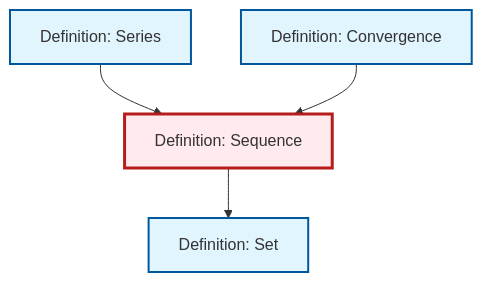
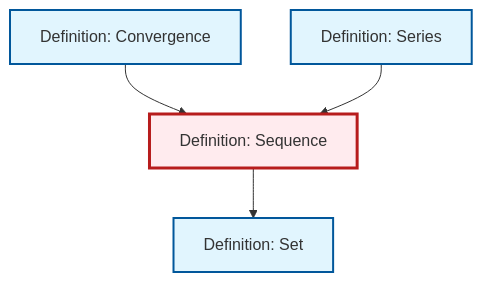
The diagram in content/en/analysis/def-sequence.qmd (RK0429/ModernMath), drawn with Mermaid before and after one commit. The commit also changed other lines of this file and 491 other files, not shown here.

````diff
--- a/content/en/analysis/def-sequence.qmd
+++ b/content/en/analysis/def-sequence.qmd
@@ -74,20 +74,20 @@
 ```{mermaid}
 %%| fig-cap: "Local dependency graph"
 graph TD
     classDef definition fill:#e1f5fe,stroke:#01579b,stroke-width:2px
     classDef theorem fill:#f3e5f5,stroke:#4a148c,stroke-width:2px
     classDef axiom fill:#fff3e0,stroke:#e65100,stroke-width:2px
     classDef example fill:#e8f5e9,stroke:#1b5e20,stroke-width:2px
     classDef current fill:#ffebee,stroke:#b71c1c,stroke-width:3px
+    def-set["Definition: Set"]:::definition
+    def-convergence["Definition: Convergence"]:::definition
+    def-series["Definition: Series"]:::definition
     def-sequence["Definition: Sequence"]:::definition
-    def-series["Definition: Series"]:::definition
-    def-convergence["Definition: Convergence"]:::definition
-    def-set["Definition: Set"]:::definition
+    def-convergence --> def-sequence
+    def-series --> def-sequence
     def-sequence --> def-set
-    def-series --> def-sequence
-    def-convergence --> def-sequence
     class def-sequence current
+    click def-set "def-set.html" "Go to Set definition"
+    click def-convergence "def-convergence.html" "Go to Convergence definition"
     click def-series "def-series.html" "Go to Series definition"
-    click def-convergence "def-convergence.html" "Go to Convergence definition"
-    click def-set "def-set.html" "Go to Set definition"
 ```
````
